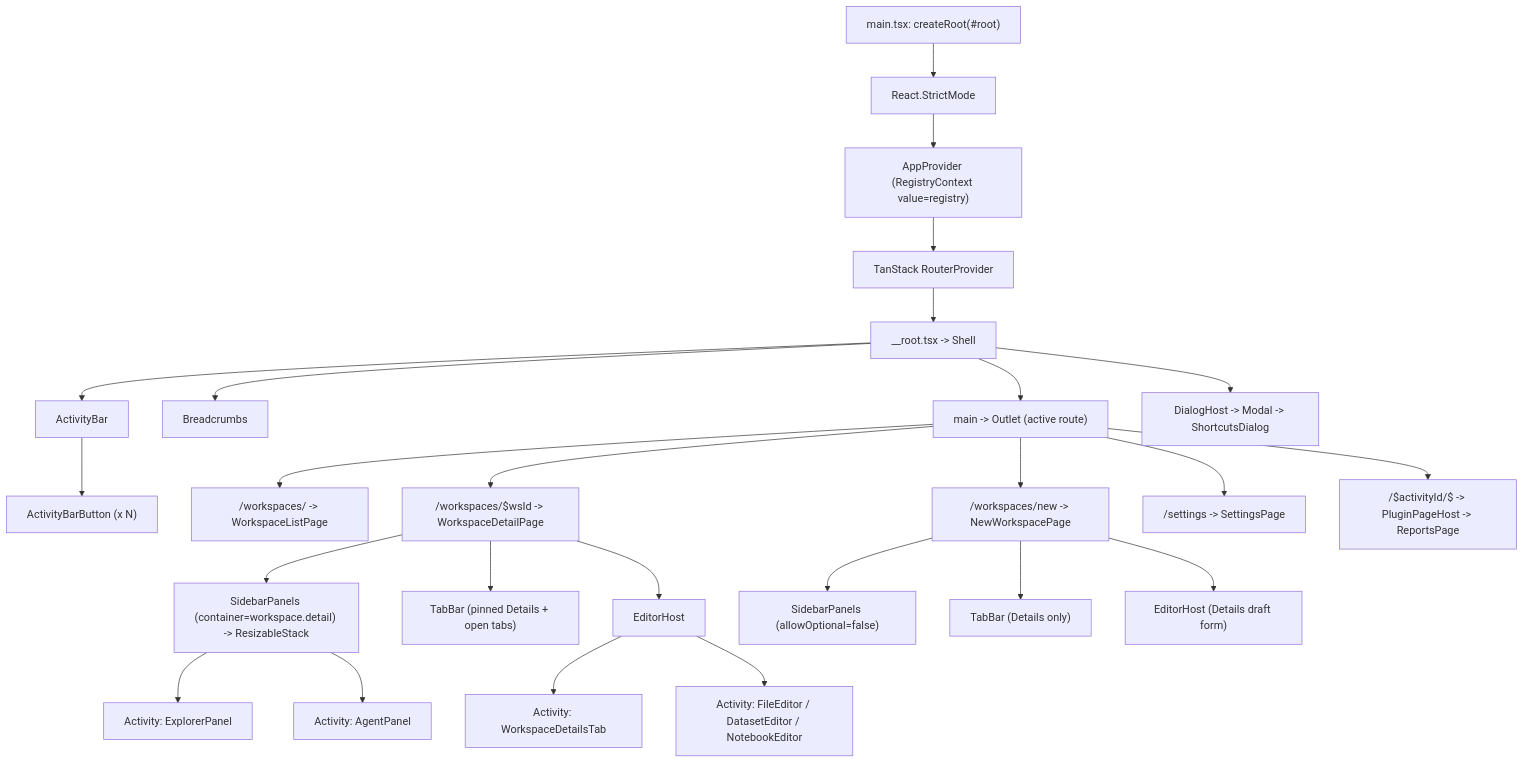
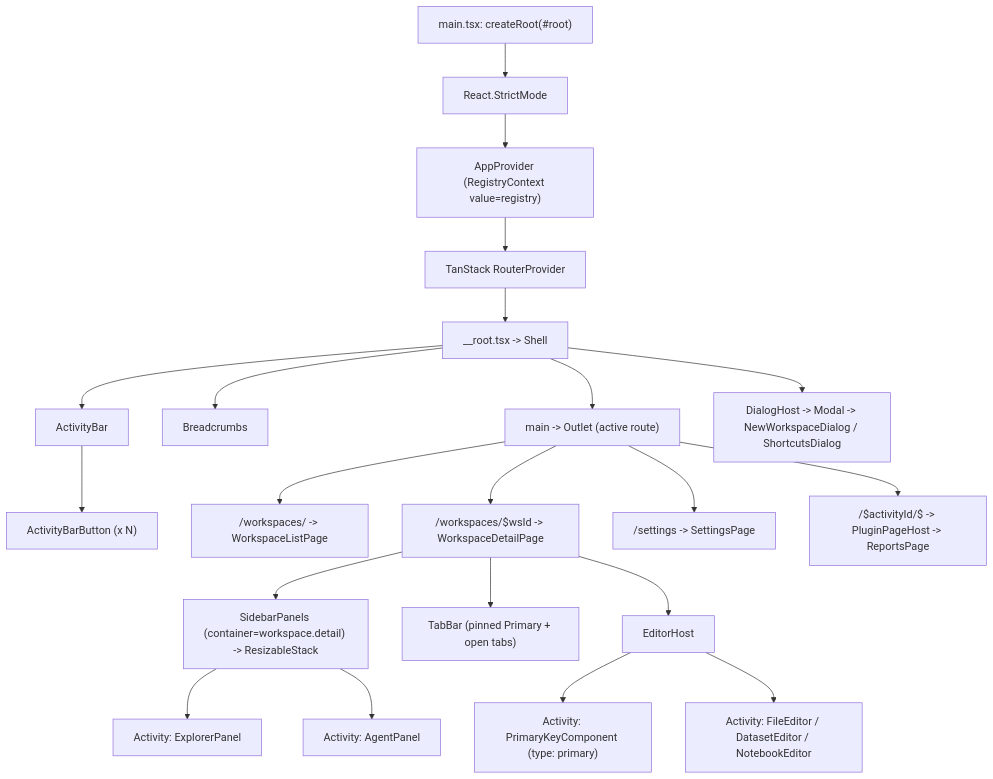
One commit to ppongtong/ide-shell changed the first of 12 diagrams in docs/DESIGN.md. Above: the diagram before and after it, drawn with Mermaid. The commit also changed other lines of this file and 42 other files, not shown here.

Commit message:
Simplify ItemRenderer contract, add pluggable primary feature, and create workspaces via dialog

````diff
--- a/docs/DESIGN.md
+++ b/docs/DESIGN.md
@@ -57,34 +57,29 @@
 ```mermaid
 flowchart TD
     Main["main.tsx: createRoot(#root)"] --> Strict["React.StrictMode"]
     Strict --> AppProvider["AppProvider (RegistryContext value=registry)"]
     AppProvider --> RouterProvider["TanStack RouterProvider"]
     RouterProvider --> Root["__root.tsx -> Shell"]
 
     Root --> ActivityBar["ActivityBar"]
     Root --> Breadcrumbs["Breadcrumbs"]
     Root --> Outlet["main -> Outlet (active route)"]
-    Root --> DialogHost["DialogHost -> Modal -> ShortcutsDialog"]
+    Root --> DialogHost["DialogHost -> Modal -> NewWorkspaceDialog / ShortcutsDialog"]
 
     ActivityBar --> ActivityBtn["ActivityBarButton (x N)"]
 
     Outlet --> ListPage["/workspaces/ -> WorkspaceListPage"]
-    Outlet --> NewPage["/workspaces/new -> NewWorkspacePage"]
     Outlet --> DetailPage["/workspaces/$wsId -> WorkspaceDetailPage"]
     Outlet --> SettingsPage["/settings -> SettingsPage"]
     Outlet --> PluginHost["/$activityId/$ -> PluginPageHost -> ReportsPage"]
 
     DetailPage --> Sidebar["SidebarPanels (container=workspace.detail) -> ResizableStack"]
-    DetailPage --> TabBar["TabBar (pinned Details + open tabs)"]
+    DetailPage --> TabBar["TabBar (pinned Primary + open tabs)"]
     DetailPage --> EditorHost["EditorHost"]
-
-    NewPage --> SidebarDraft["SidebarPanels (allowOptional=false)"]
-    NewPage --> TabBarDraft["TabBar (Details only)"]
-    NewPage --> EditorDraft["EditorHost (Details draft form)"]
 
     Sidebar --> ActExp["Activity: ExplorerPanel"]
     Sidebar --> ActAg["Activity: AgentPanel"]
 
-    EditorHost --> ActDet["Activity: WorkspaceDetailsTab"]
+    EditorHost --> ActPri["Activity: PrimaryKeyComponent (type: primary)"]
     EditorHost --> ActEd["Activity: FileEditor / DatasetEditor / NotebookEditor"]
 ```
````
